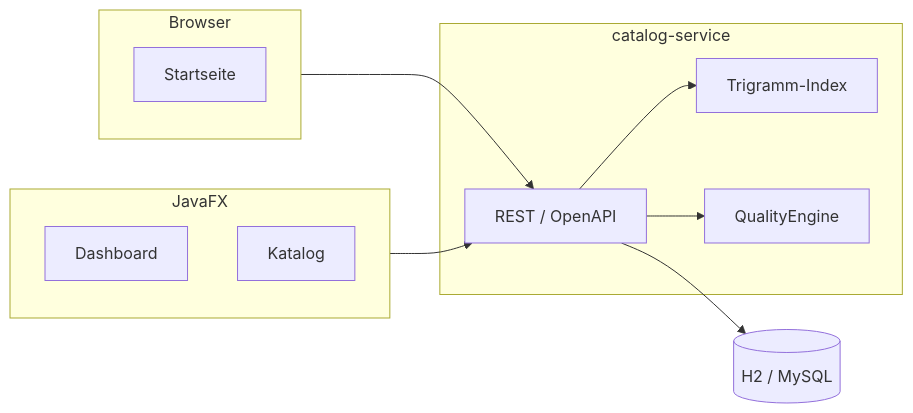
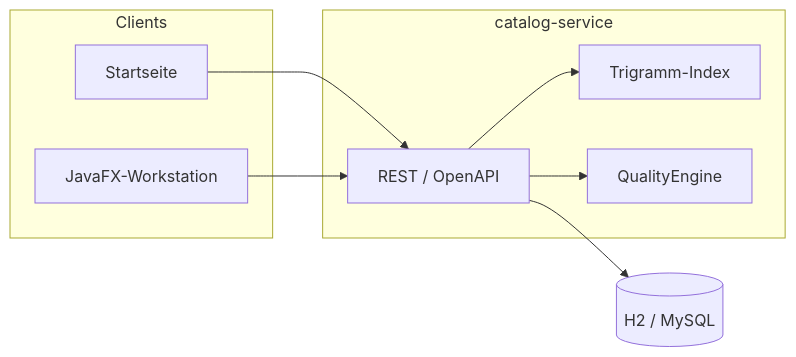
One commit to mdacoding/pharma-index changed the diagram in README.md. Above: the diagram before and after it, drawn with Mermaid. The commit also changed other lines of this file, not shown here.

Commit message:
docs: README als klare Projektdoku mit Live-Demo und Fachlogik

````diff
--- a/README.md
+++ b/README.md
@@ -76,21 +53,18 @@
 ```mermaid
 flowchart LR
-  subgraph demo [Browser]
+  subgraph clients [Clients]
     Landing[Startseite]
-  end
-  subgraph ui [JavaFX]
-    Dash[Dashboard]
-    Kat[Katalog]
+    UI[JavaFX-Workstation]
   end
   subgraph api [catalog-service]
     REST[REST / OpenAPI]
     Idx[Trigramm-Index]
     Rules[QualityEngine]
   end
   DB[(H2 / MySQL)]
-  demo --> REST
-  ui --> REST
+  Landing --> REST
+  UI --> REST
   REST --> Idx
   REST --> Rules
   REST --> DB
 ```
````
